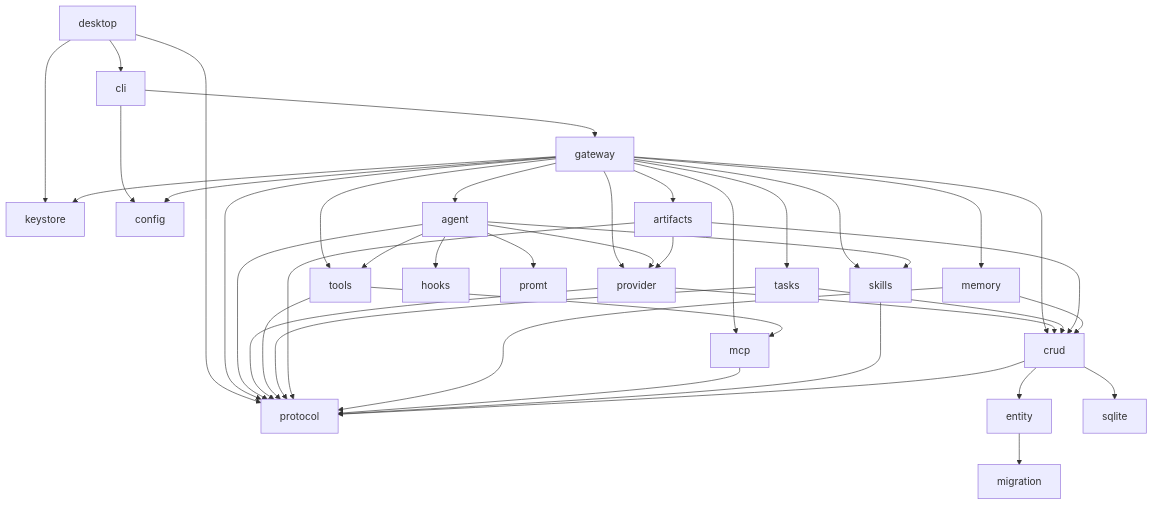
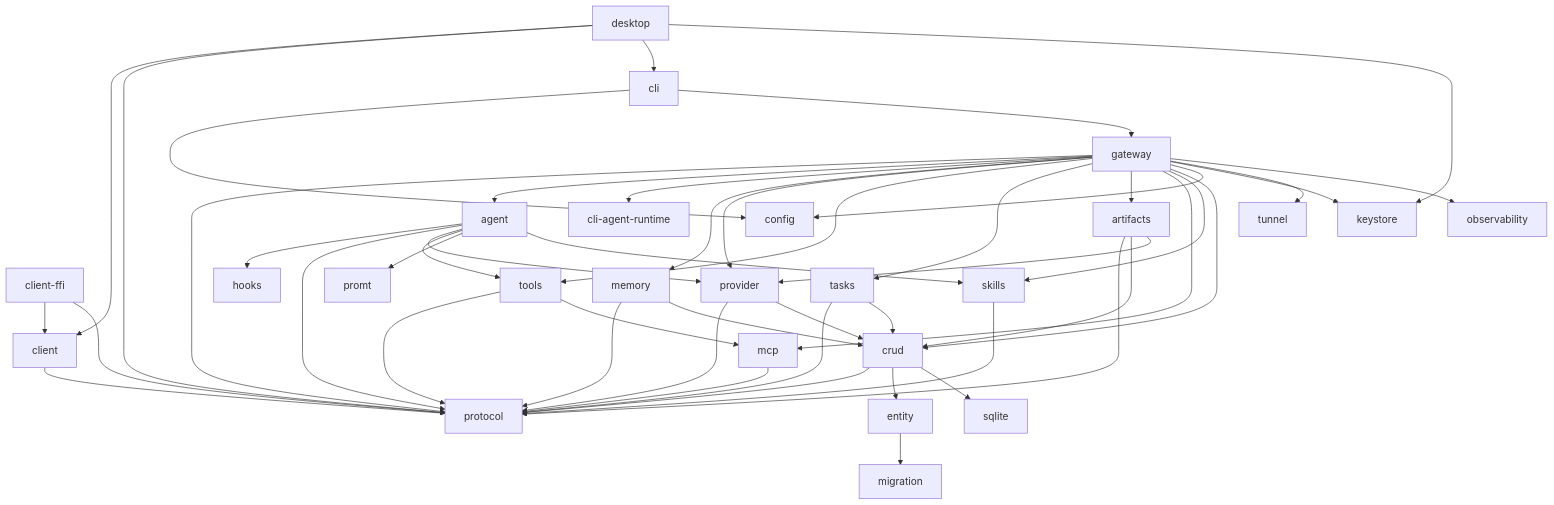
Before and after one commit to pioneerdotai/docs: the diagram in architecture/crates.mdx, drawn with Mermaid. The commit also changed other lines of this file and 47 other files, not shown here.

First line of the commit message:
Add mobile app, CLI runtime, new secret layers, and cross-reference links

````diff
--- a/architecture/crates.mdx
+++ b/architecture/crates.mdx
@@ -43,47 +48,54 @@
 ```mermaid
 flowchart TB
-  Desktop["desktop"] --> Protocol["protocol"]
+  Desktop["desktop"] --> Client["client"]
+  Desktop --> Protocol["protocol"]
   Desktop --> CLI["cli"]
   Desktop --> Keystore["keystore"]
+  ClientFFI["client-ffi"] --> Client
+  ClientFFI --> Protocol
   CLI --> Config["config"]
   CLI --> Gateway
 
   Gateway["gateway"] --> Protocol
   Gateway --> Agent["agent"]
+  Gateway --> CLIRuntime["cli-agent-runtime"]
   Gateway --> Memory["memory"]
   Gateway --> Provider["provider"]
   Gateway --> Tools["tools"]
   Gateway --> Tasks["tasks"]
   Gateway --> Artifacts["artifacts"]
   Gateway --> MCP["mcp"]
   Gateway --> Skills["skills"]
   Gateway --> CRUD["crud"]
   Gateway --> Config
   Gateway --> Keystore
+  Gateway --> Tunnel["tunnel"]
+  Gateway --> Observability["observability"]
 
   Agent --> Hooks["hooks"]
   Agent --> Protocol
   Agent --> Provider
   Agent --> Tools
   Agent --> Prompt["promt"]
   Agent --> Skills
+  Client --> Protocol
 
   Provider --> Protocol
   Provider --> CRUD
   Tools --> Protocol
   Tools --> MCP
   Tasks --> Protocol
   Tasks --> CRUD
   Artifacts --> Protocol
   Artifacts --> CRUD
   Artifacts --> Provider
   Memory --> Protocol
   Memory --> CRUD
   MCP --> Protocol
   Skills --> Protocol
 
   CRUD --> Protocol
   CRUD --> Entity["entity"]
   CRUD --> SQLite["sqlite"]
   Entity --> Migration["migration"]
 ```
````
